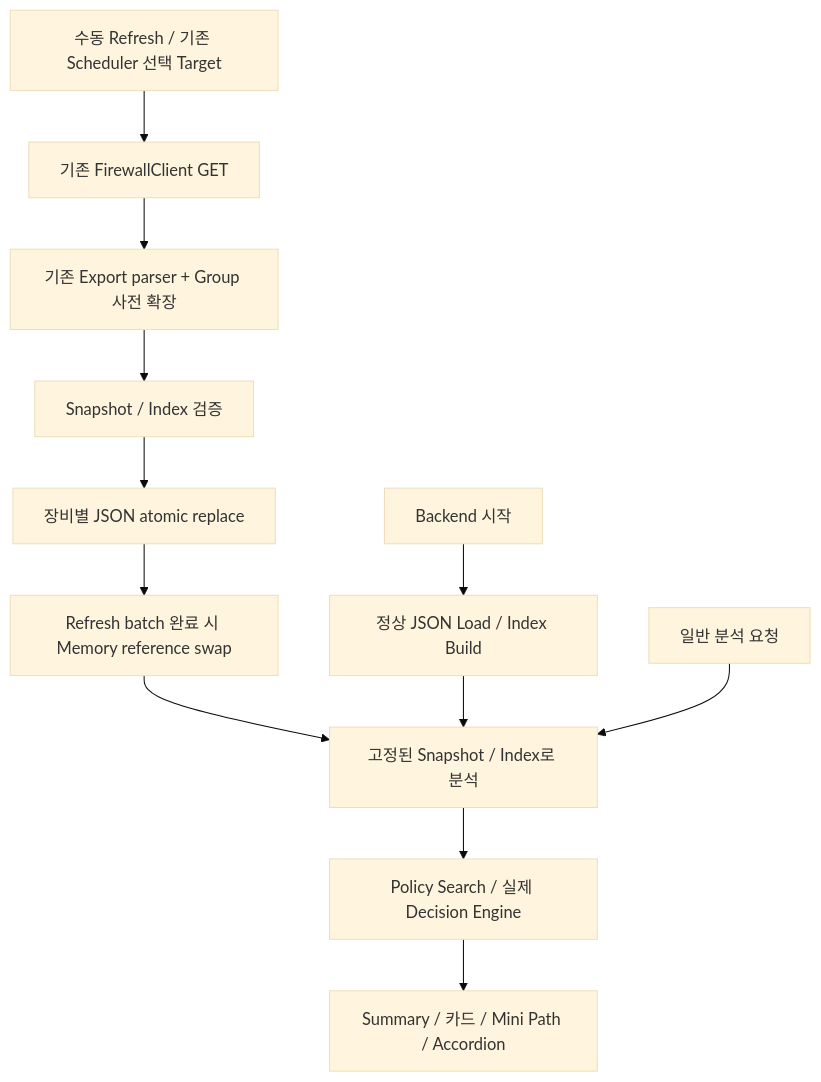
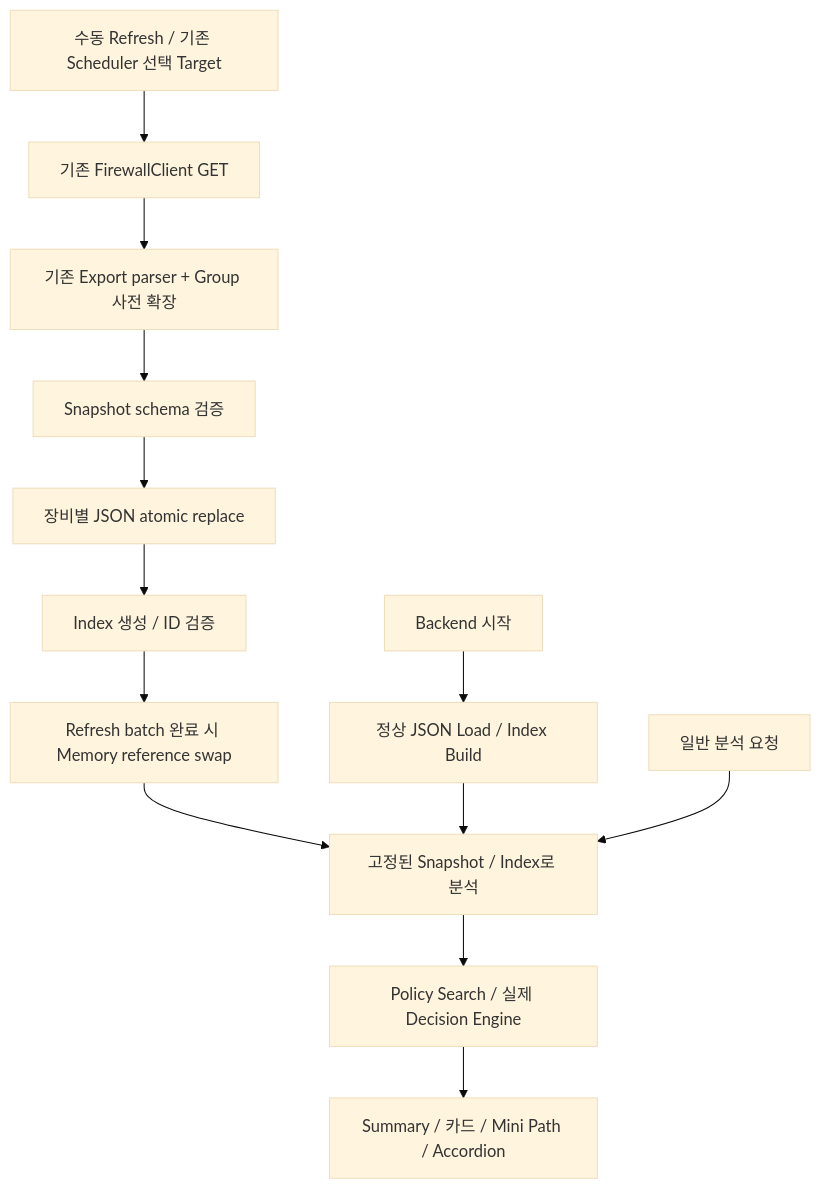
Before and after one commit to jinlobil/SMU: the diagram in docs/firewall-path-configuration.md, drawn with Mermaid (base theme). The commit also changed other lines of this file and 7 other files, not shown here.

````diff
--- a/docs/firewall-path-configuration.md
+++ b/docs/firewall-path-configuration.md
@@ -19,14 +19,15 @@
 ```mermaid
 flowchart TD
   A[수동 Refresh / 기존 Scheduler 선택 Target] --> B[기존 FirewallClient GET]
   B --> C[기존 Export parser + Group 사전 확장]
-  C --> D[Snapshot / Index 검증]
+  C --> D[Snapshot schema 검증]
   D --> E[장비별 JSON atomic replace]
-  E --> F[Refresh batch 완료 시 Memory reference swap]
+  E --> M[Index 생성 / ID 검증]
+  M --> F[Refresh batch 완료 시 Memory reference swap]
   F --> G[고정된 Snapshot / Index로 분석]
   H[Backend 시작] --> I[정상 JSON Load / Index Build]
   I --> G
   J[일반 분석 요청] --> G
   G --> K[Policy Search / 실제 Decision Engine]
   K --> L[Summary / 카드 / Mini Path / Accordion]
 ```
````
